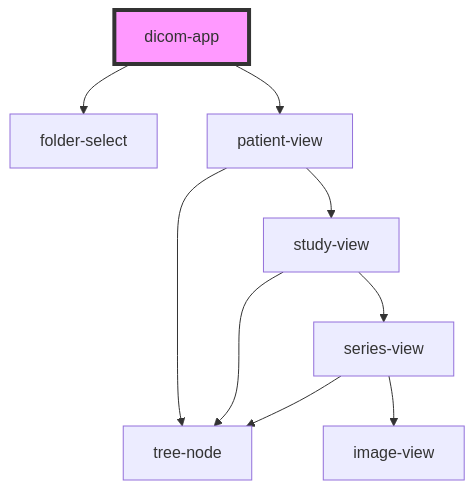
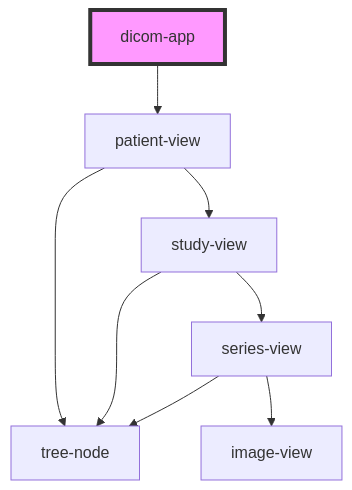
One commit to R4C4/dicom-tree changed the diagram in src/components/app/readme.md. Above: the diagram before and after it, drawn with Mermaid. The commit also changed other lines of this file and 3 other files, not shown here.

````diff
--- a/src/components/app/readme.md
+++ b/src/components/app/readme.md
@@ -36,12 +35,11 @@
 ```mermaid
 graph TD;
-  dicom-app --> folder-select
   dicom-app --> patient-view
   patient-view --> tree-node
   patient-view --> study-view
   study-view --> tree-node
   study-view --> series-view
   series-view --> tree-node
   series-view --> image-view
   style dicom-app fill:#f9f,stroke:#333,stroke-width:4px
 ```
````
